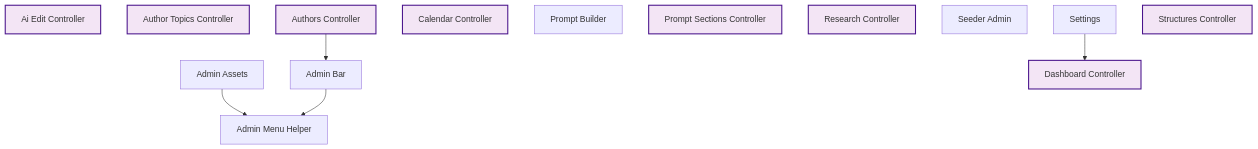
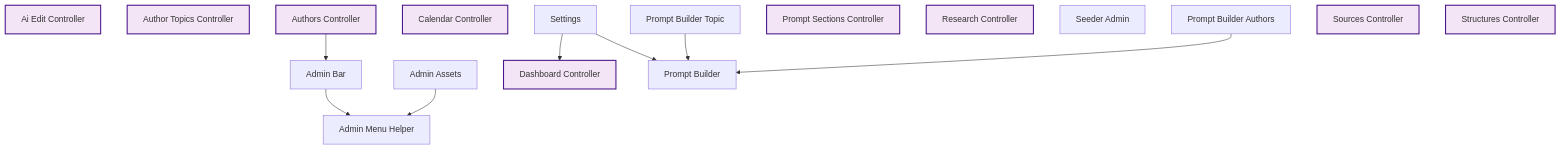
One commit to rpnunez/wp-ai-scheduler changed the sixth of 10 diagrams in docs/feature-report.md. Above: the diagram before and after it, drawn with Mermaid. The commit also changed other lines of this file and 3 other files, not shown here.

````diff
--- a/docs/feature-report.md
+++ b/docs/feature-report.md
@@ -279,29 +305,35 @@
 ```mermaid
 flowchart TD
     %% User Interface Architecture
 
     Admin_Assets["Admin Assets"]
     Admin_Bar["Admin Bar"]
     Admin_Menu_Helper["Admin Menu Helper"]
     AI_Edit_Controller["Ai Edit Controller"]
     Author_Topics_Controller["Author Topics Controller"]
     Authors_Controller["Authors Controller"]
     Calendar_Controller["Calendar Controller"]
     Dashboard_Controller["Dashboard Controller"]
+    Prompt_Builder_Authors["Prompt Builder Authors"]
+    Prompt_Builder_Topic["Prompt Builder Topic"]
     Prompt_Builder["Prompt Builder"]
     Prompt_Sections_Controller["Prompt Sections Controller"]
     Research_Controller["Research Controller"]
     Seeder_Admin["Seeder Admin"]
     Settings["Settings"]
+    Sources_Controller["Sources Controller"]
     Structures_Controller["Structures Controller"]
 
     Admin_Assets --> Admin_Menu_Helper
     Admin_Bar --> Admin_Menu_Helper
     Authors_Controller --> Admin_Bar
+    Prompt_Builder_Authors --> Prompt_Builder
+    Prompt_Builder_Topic --> Prompt_Builder
+    Settings --> Prompt_Builder
     Settings --> Dashboard_Controller
 
     classDef repository fill:#e1f5ff,stroke:#01579b,stroke-width:2px
     classDef service fill:#fff3e0,stroke:#e65100,stroke-width:2px
     classDef controller fill:#f3e5f5,stroke:#4a148c,stroke-width:2px
-    class AI_Edit_Controller,Author_Topics_Controller,Authors_Controller,Calendar_Controller,Dashboard_Controller,Prompt_Sections_Controller,Research_Controller,Structures_Controller controller
+    class AI_Edit_Controller,Author_Topics_Controller,Authors_Controller,Calendar_Controller,Dashboard_Controller,Prompt_Sections_Controller,Research_Controller,Sources_Controller,Structures_Controller controller
 ```
````
